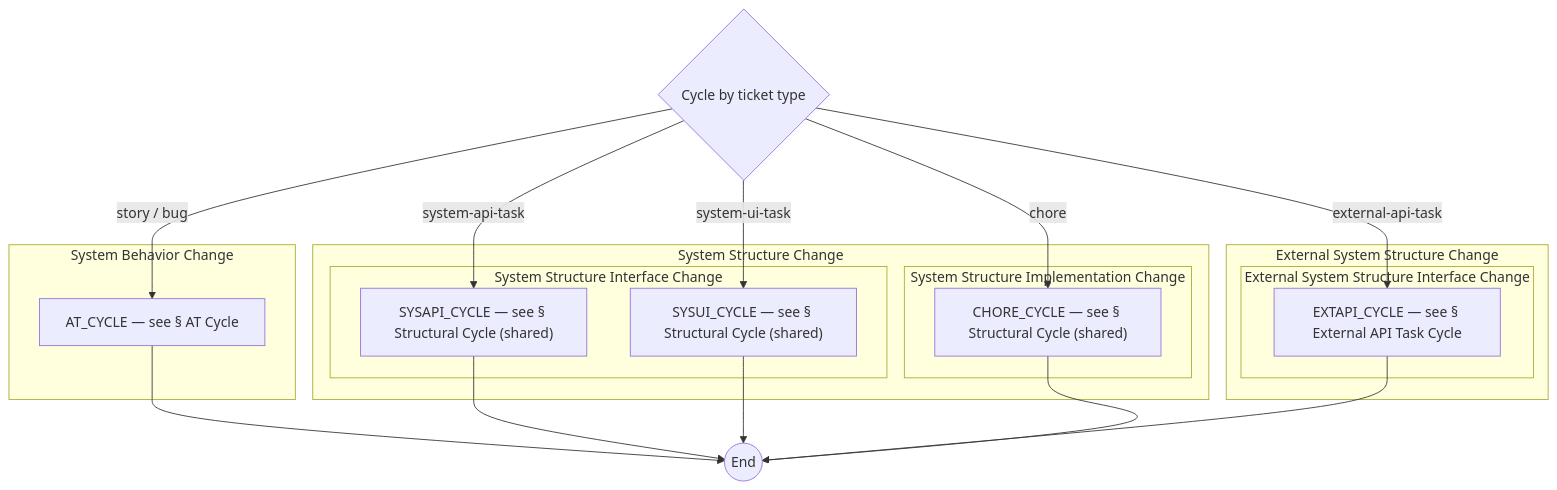
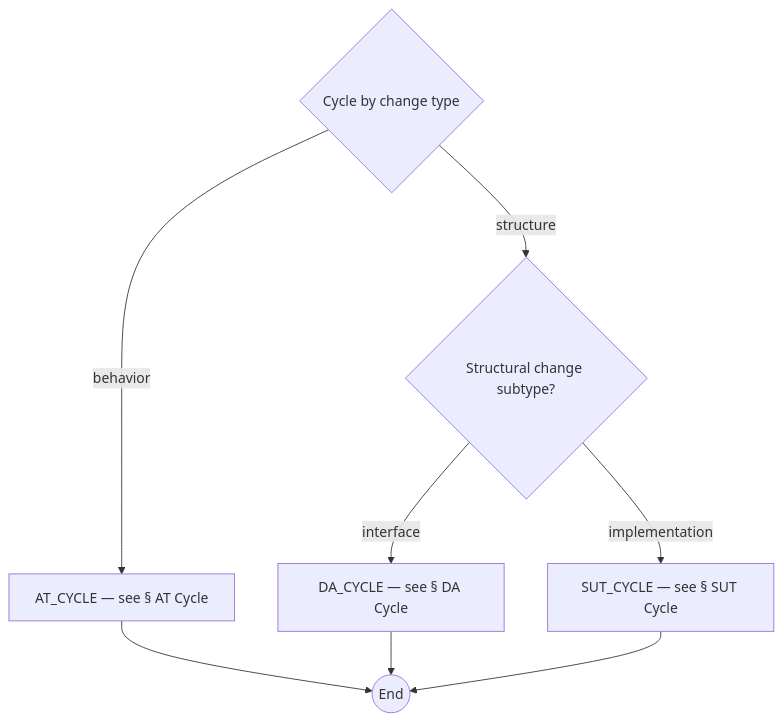
One commit to optivem/gh-optivem changed the fourth of 12 diagrams in docs/process-diagram.md. Above: the diagram before and after it, drawn with Mermaid. The commit also changed other lines of this file and 7 other files, not shown here.

First line of the commit message:
Route run_cycle by change classification, not ticket type

````diff
--- a/docs/process-diagram.md
+++ b/docs/process-diagram.md
@@ -78,33 +78,17 @@
 ```mermaid
 flowchart TD
+    AT_CYCLE[AT_CYCLE — see § AT Cycle]
     CYCLE_END((End))
-    GATE_TYPE_CYCLE{Cycle by ticket type}
-    subgraph behavioral[System Behavior Change]
-    AT_CYCLE[AT_CYCLE — see § AT Cycle]
-    end
-    subgraph external_structural[External System Structure Change]
-    subgraph external_structural_interface[External System Structure Interface Change]
-    EXTAPI_CYCLE[EXTAPI_CYCLE — see § External API Task Cycle]
-    end
-    end
-    subgraph structural[System Structure Change]
-    subgraph structural_implementation[System Structure Implementation Change]
-    CHORE_CYCLE["CHORE_CYCLE — see § Structural Cycle (shared)"]
-    end
-    subgraph structural_interface[System Structure Interface Change]
-    SYSAPI_CYCLE["SYSAPI_CYCLE — see § Structural Cycle (shared)"]
-    SYSUI_CYCLE["SYSUI_CYCLE — see § Structural Cycle (shared)"]
-    end
-    end
+    DA_CYCLE[DA_CYCLE — see § DA Cycle]
+    GATE_CHANGE_SUBTYPE{Structural change subtype?}
+    GATE_CHANGE_TYPE{Cycle by change type}
+    SUT_CYCLE[SUT_CYCLE — see § SUT Cycle]
 
-    GATE_TYPE_CYCLE -- story / bug --> AT_CYCLE
-    GATE_TYPE_CYCLE -- system-api-task --> SYSAPI_CYCLE
-    GATE_TYPE_CYCLE -- system-ui-task --> SYSUI_CYCLE
-    GATE_TYPE_CYCLE -- external-api-task --> EXTAPI_CYCLE
-    GATE_TYPE_CYCLE -- chore --> CHORE_CYCLE
+    GATE_CHANGE_TYPE -- behavior --> AT_CYCLE
+    GATE_CHANGE_TYPE -- structure --> GATE_CHANGE_SUBTYPE
+    GATE_CHANGE_SUBTYPE -- interface --> DA_CYCLE
+    GATE_CHANGE_SUBTYPE -- implementation --> SUT_CYCLE
     AT_CYCLE --> CYCLE_END
-    SYSAPI_CYCLE --> CYCLE_END
-    SYSUI_CYCLE --> CYCLE_END
-    EXTAPI_CYCLE --> CYCLE_END
-    CHORE_CYCLE --> CYCLE_END
+    DA_CYCLE --> CYCLE_END
+    SUT_CYCLE --> CYCLE_END
 ```
````
